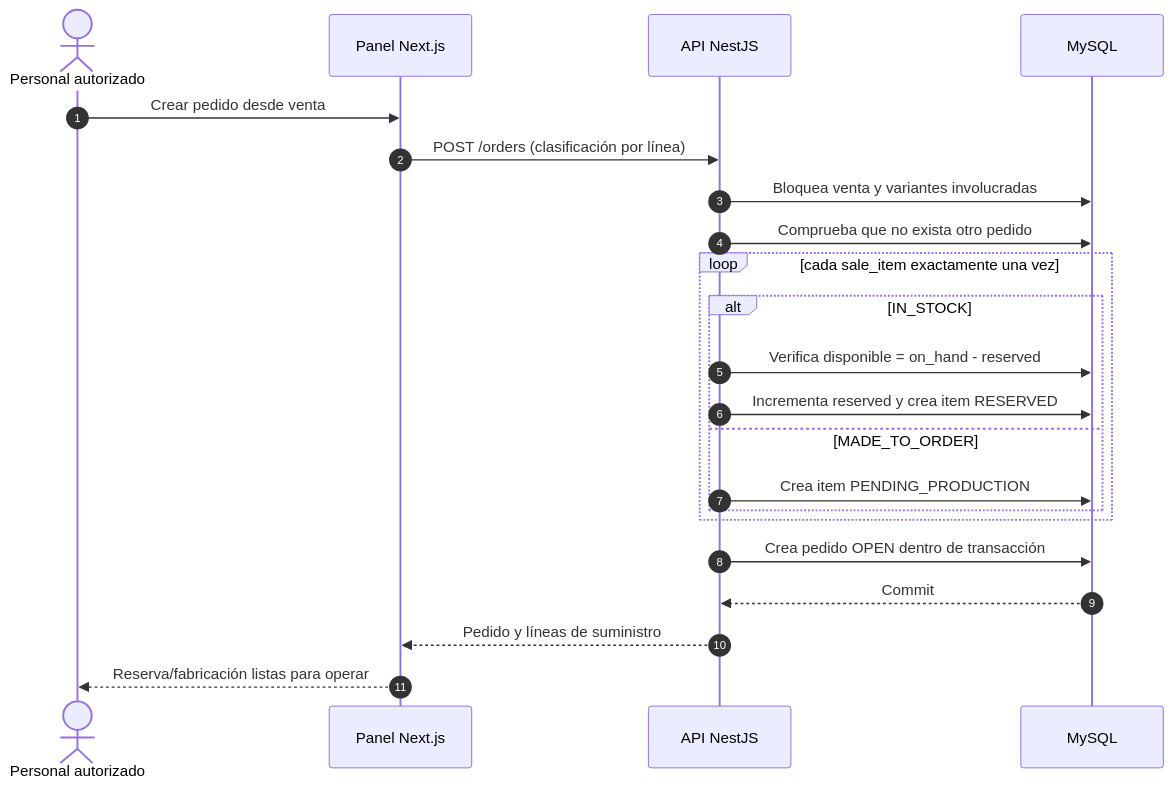
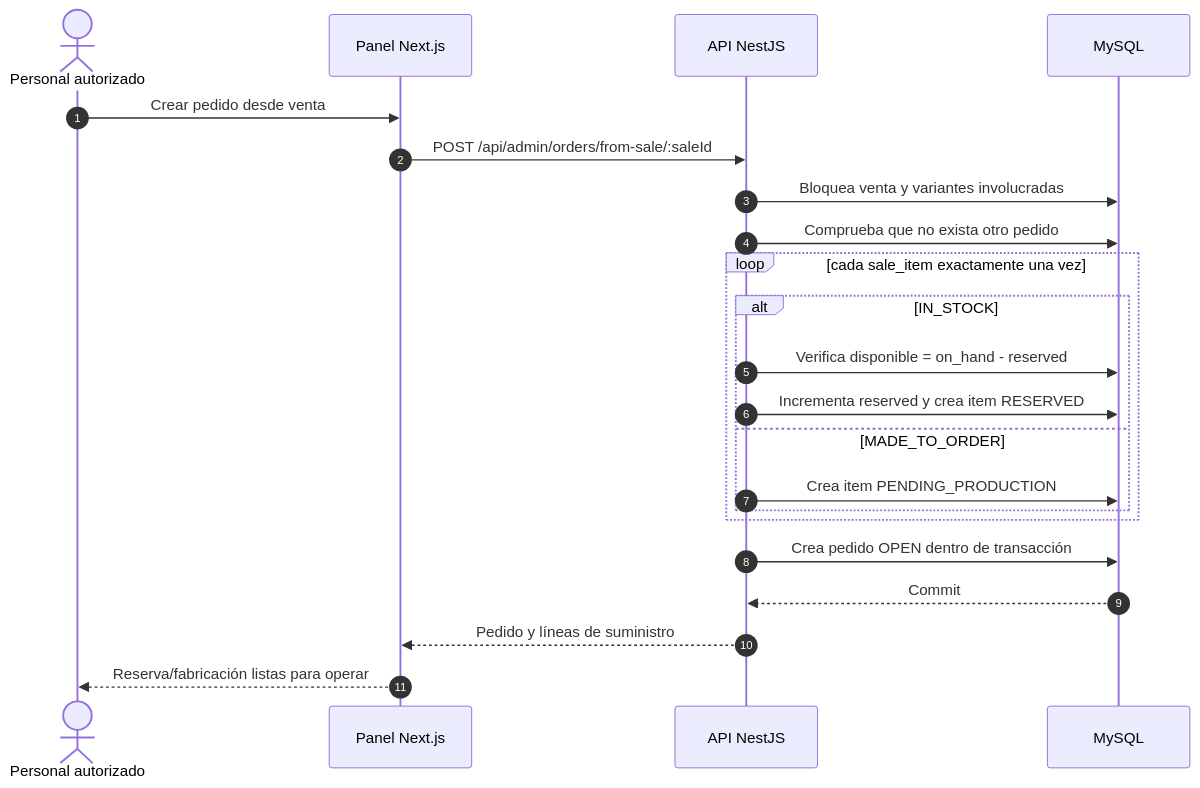
Before and after one commit to IngenieroCui/Home_Fashion: the diagram in docs/diagrams/source/D-09-secuencia-venta-pedido-suministro.mmd, drawn with Mermaid. The commit also changed 138 other files, not shown here.

```diff
--- a/docs/diagrams/source/D-09-secuencia-venta-pedido-suministro.mmd
+++ b/docs/diagrams/source/D-09-secuencia-venta-pedido-suministro.mmd
@@ -1,25 +1,25 @@
 %% D-09 — Secuencia: venta a pedido y suministro
 %% Fuentes: orders.service.ts; order-state.ts
 sequenceDiagram
   autonumber
   actor P as Personal autorizado
   participant W as Panel Next.js
   participant A as API NestJS
   participant DB as MySQL
 
   P->>W: Crear pedido desde venta
-  W->>A: POST /orders (clasificación por línea)
+  W->>A: POST /api/admin/orders/from-sale/:saleId
   A->>DB: Bloquea venta y variantes involucradas
   A->>DB: Comprueba que no exista otro pedido
   loop cada sale_item exactamente una vez
     alt IN_STOCK
       A->>DB: Verifica disponible = on_hand - reserved
       A->>DB: Incrementa reserved y crea item RESERVED
     else MADE_TO_ORDER
       A->>DB: Crea item PENDING_PRODUCTION
     end
   end
   A->>DB: Crea pedido OPEN dentro de transacción
   DB-->>A: Commit
   A-->>W: Pedido y líneas de suministro
   W-->>P: Reserva/fabricación listas para operar
```
